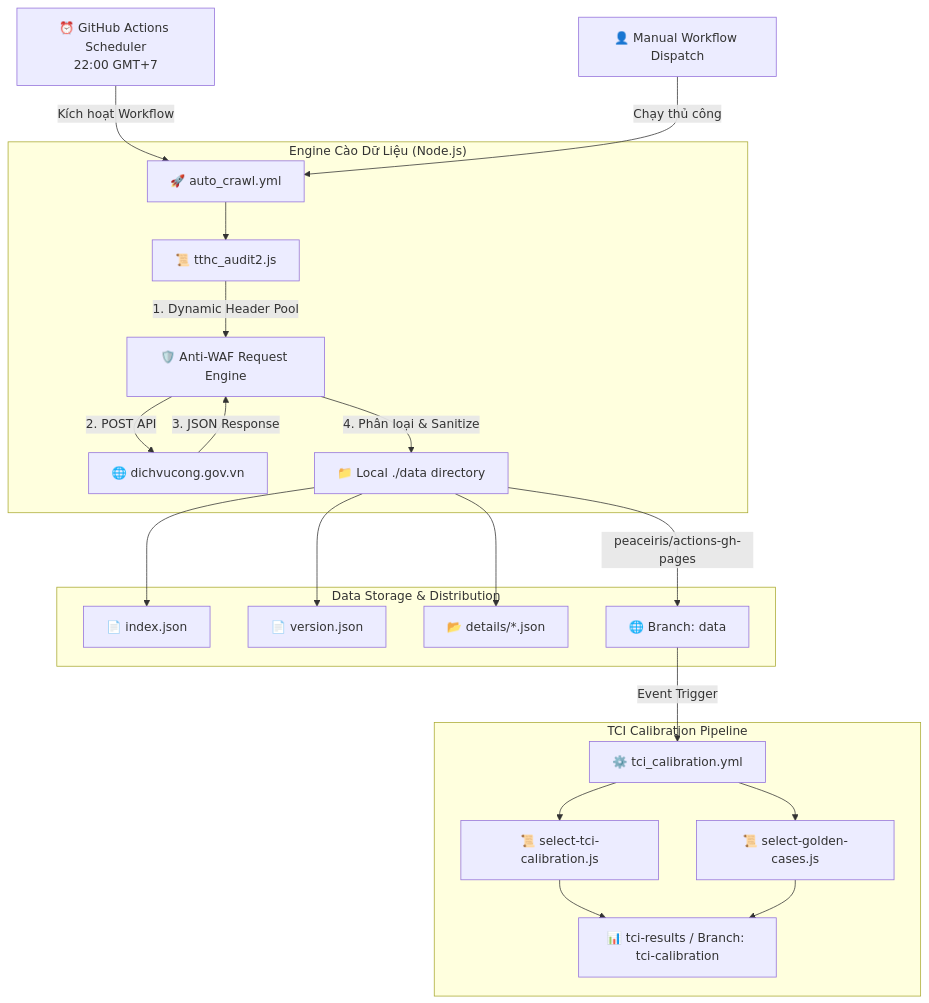
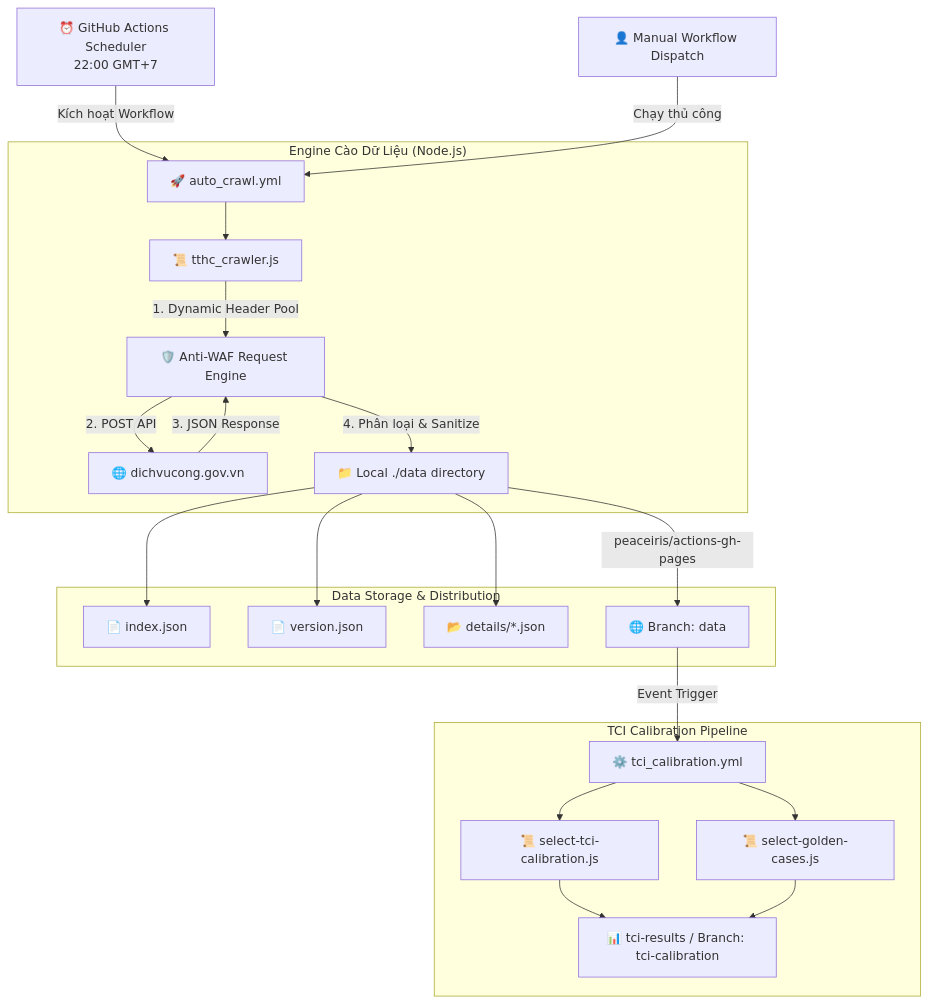
Before and after one commit to duynghiaqn/Crawler-TTHC: the first of 2 diagrams in README.md, drawn with Mermaid. The commit also changed other lines of this file and 3 other files, not shown here.

Commit message:
refactor: rename tthc_audit2.js to tthc_crawler.js and update workflow references

````diff
--- a/README.md
+++ b/README.md
@@ -26,27 +26,27 @@
 ```mermaid
 graph TD
     A[⏰ GitHub Actions Scheduler\n22:00 GMT+7] -->|Kích hoạt Workflow| B[🚀 auto_crawl.yml]
     C[👤 Manual Workflow Dispatch] -->|Chạy thủ công| B
     
     subgraph "Engine Cào Dữ Liệu (Node.js)"
-        B --> D[📜 tthc_audit2.js]
+        B --> D[📜 tthc_crawler.js]
         D -->|1. Dynamic Header Pool| E[🛡️ Anti-WAF Request Engine]
         E -->|2. POST API| F[🌐 dichvucong.gov.vn]
         F -->|3. JSON Response| E
         E -->|4. Phân loại & Sanitize| G[📁 Local ./data directory]
     end
 
     subgraph "Data Storage & Distribution"
         G --> H[📄 index.json]
         G --> I[📄 version.json]
         G --> J[📂 details/*.json]
         G -->|peaceiris/actions-gh-pages| K[🌐 Branch: data]
     end
 
     subgraph "TCI Calibration Pipeline"
         K -->|Event Trigger| L[⚙️ tci_calibration.yml]
         L --> M[📜 select-tci-calibration.js]
         L --> N[📜 select-golden-cases.js]
         M & N --> O[📊 tci-results / Branch: tci-calibration]
     end
 ```
````
